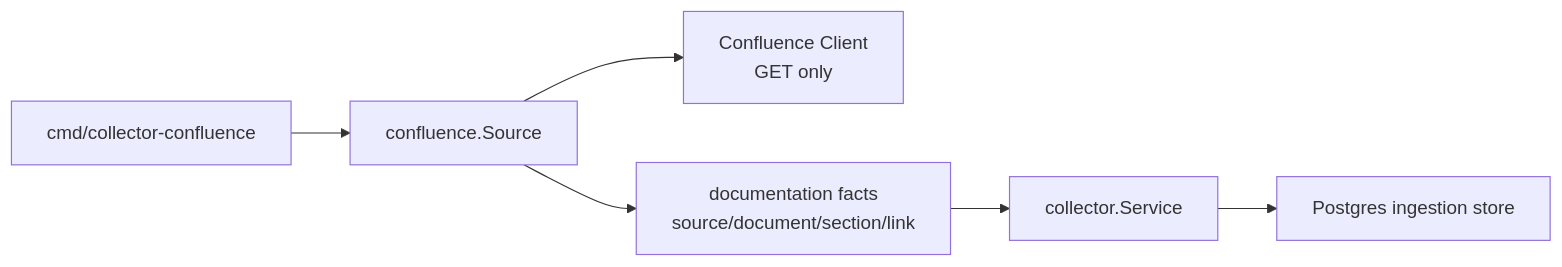
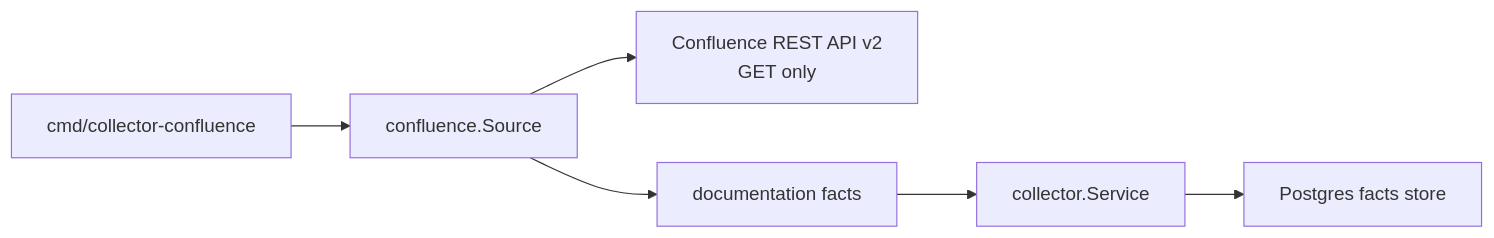
The diagram in go/internal/collector/confluence/README.md (eshu-hq/eshu), drawn with Mermaid before and after one commit. The commit also changed other lines of this file and 584 other files, not shown here.

Commit message:
Rework documentation information architecture

````diff
--- a/go/internal/collector/confluence/README.md
+++ b/go/internal/collector/confluence/README.md
@@ -11,8 +10,8 @@
 ```mermaid
 flowchart LR
   A["cmd/collector-confluence"] --> B["confluence.Source"]
-  B --> C["Confluence Client\nGET only"]
-  B --> D["documentation facts\nsource/document/section/link"]
+  B --> C["Confluence REST API v2\nGET only"]
+  B --> D["documentation facts"]
   D --> E["collector.Service"]
-  E --> F["Postgres ingestion store"]
+  E --> F["Postgres facts store"]
 ```
````
